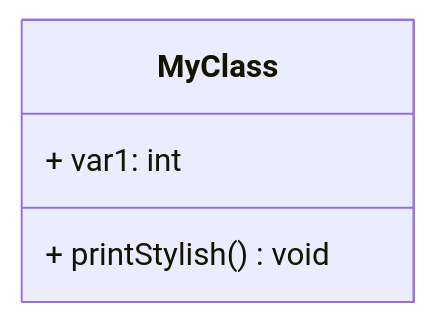
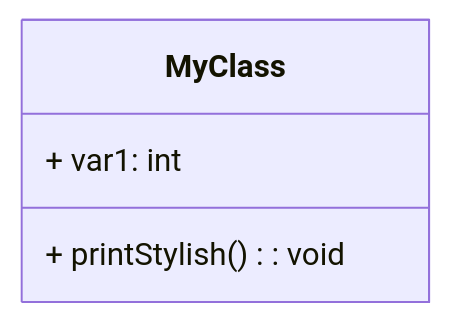
The diagram in _posts/2024-04-26-hello-world.md (Symboreka/symboreka.github.io), drawn with Mermaid before and after one commit. The commit also changed other lines of this file, not shown here.

```diff
--- a/_posts/2024-04-26-hello-world.md
+++ b/_posts/2024-04-26-hello-world.md
@@ -21,7 +21,7 @@
 {% mermaid %}
 classDiagram
     class MyClass{
         + var1: int
-        + printStylish() void
+        + printStylish(): void
     }
 {% endmermaid %}
```
